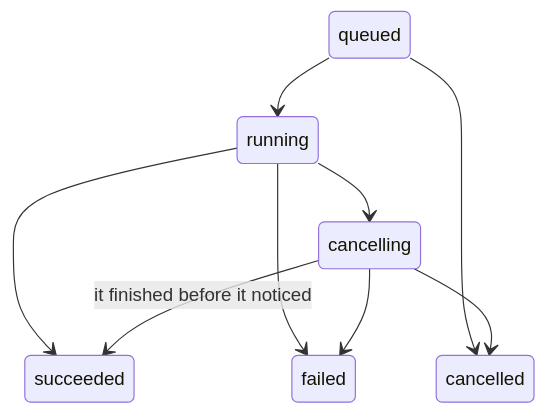
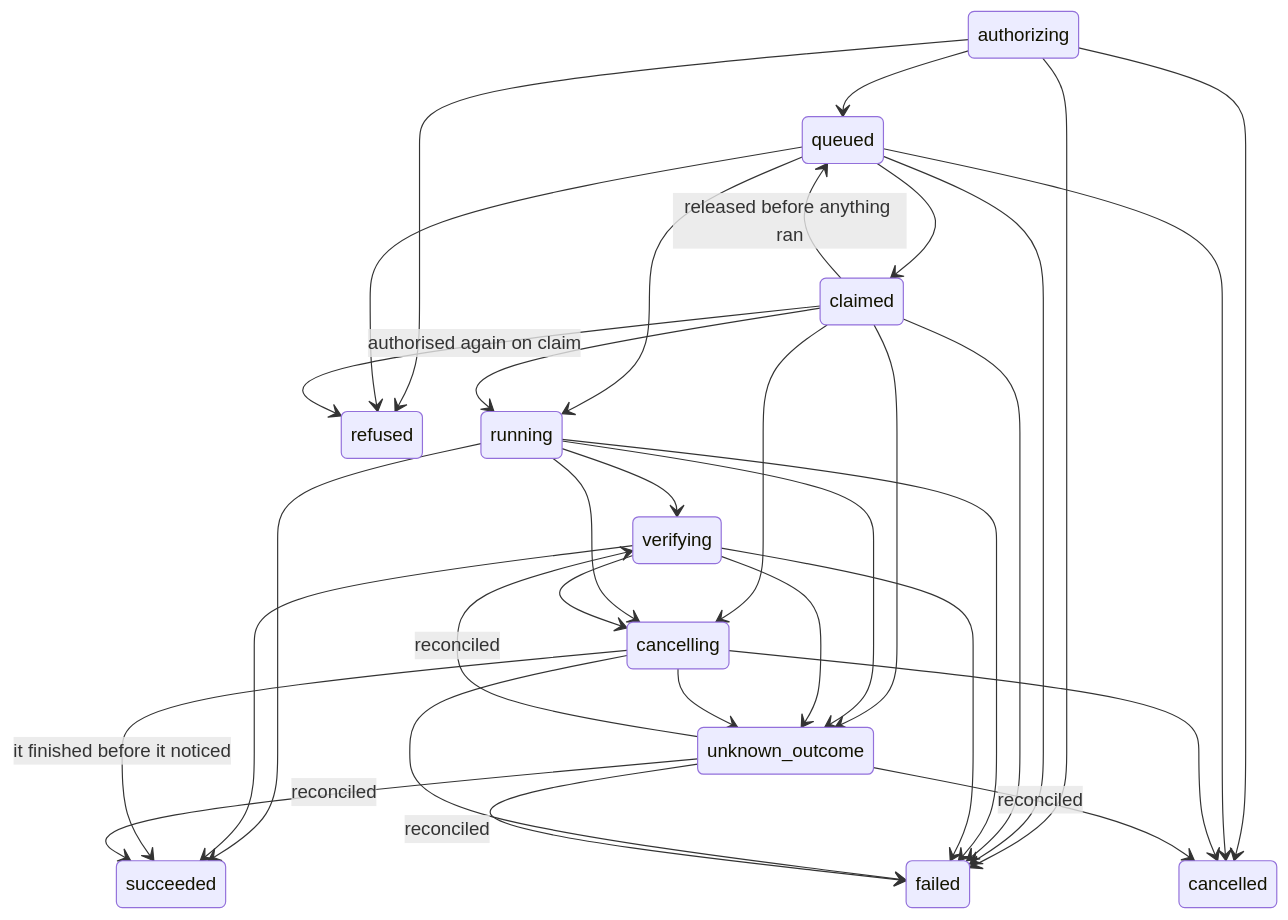
The second of 2 diagrams in docs/EXECUTIONS.md (korczis/prismatic-majordomus), drawn with Mermaid before and after one commit. The commit also changed other lines of this file and 32 other files, not shown here.

````diff
--- a/docs/EXECUTIONS.md
+++ b/docs/EXECUTIONS.md
@@ -48,11 +48,35 @@
 ```mermaid
 stateDiagram-v2
+  authorizing --> queued
+  authorizing --> refused
+  authorizing --> failed
+  authorizing --> cancelled
   queued --> running
+  queued --> claimed
+  queued --> refused
+  queued --> failed
   queued --> cancelled
+  claimed --> running
+  claimed --> queued: released before anything ran
+  claimed --> refused: authorised again on claim
+  claimed --> failed
+  claimed --> cancelling
+  claimed --> unknown_outcome
+  running --> verifying
   running --> succeeded
   running --> failed
   running --> cancelling
+  running --> unknown_outcome
+  verifying --> succeeded
+  verifying --> failed
+  verifying --> cancelling
+  verifying --> unknown_outcome
   cancelling --> cancelled
   cancelling --> succeeded: it finished before it noticed
   cancelling --> failed
+  cancelling --> unknown_outcome
+  unknown_outcome --> verifying: reconciled
+  unknown_outcome --> succeeded: reconciled
+  unknown_outcome --> failed: reconciled
+  unknown_outcome --> cancelled: reconciled
 ```
````
